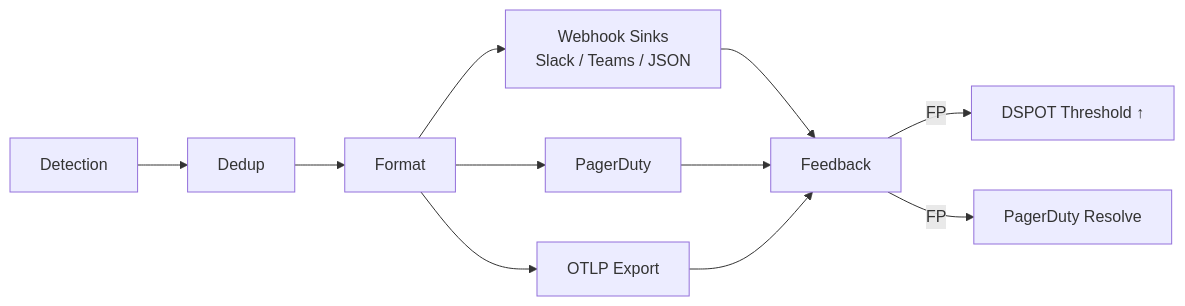
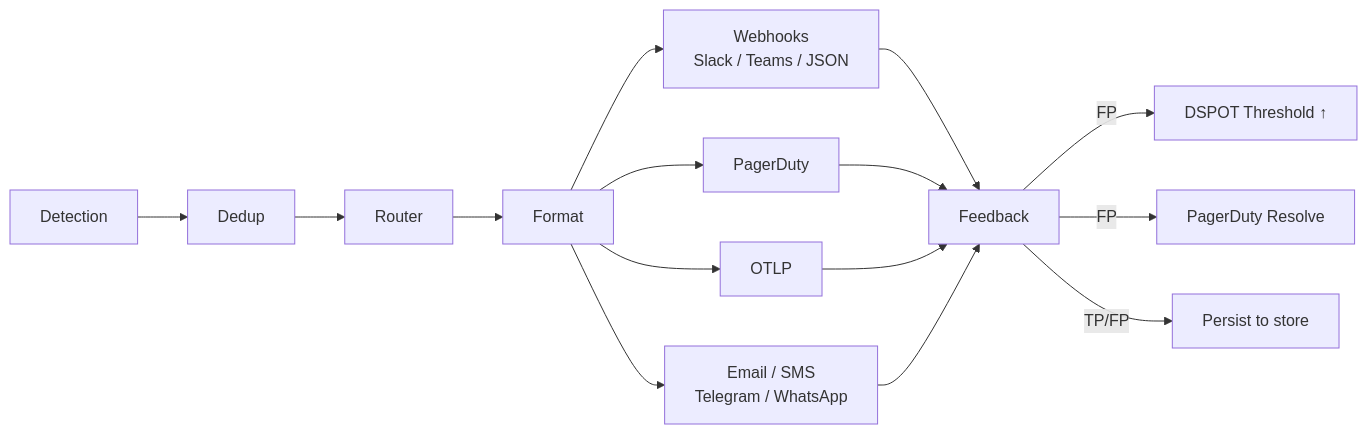
Before and after one commit to seerflow/seerflow-guide: the first of 2 diagrams in docs/operations/alerting.md, drawn with Mermaid. The commit also changed other lines of this file and 11 other files, not shown here.

````diff
--- a/docs/operations/alerting.md
+++ b/docs/operations/alerting.md
@@ -11,13 +11,17 @@
 ```mermaid
 flowchart LR
     A[Detection] --> B[Dedup]
-    B --> C[Format]
-    C --> D[Webhook Sinks\nSlack / Teams / JSON]
+    B --> R[Router]
+    R --> C[Format]
+    C --> D[Webhooks\nSlack / Teams / JSON]
     C --> E[PagerDuty]
-    C --> F[OTLP Export]
+    C --> F[OTLP]
+    C --> M[Email / SMS\nTelegram / WhatsApp]
     D --> G[Feedback]
     E --> G
     F --> G
+    M --> G
     G -->|FP| H[DSPOT Threshold ↑]
     G -->|FP| I[PagerDuty Resolve]
+    G -->|TP/FP| J[Persist to store]
 ```
````
